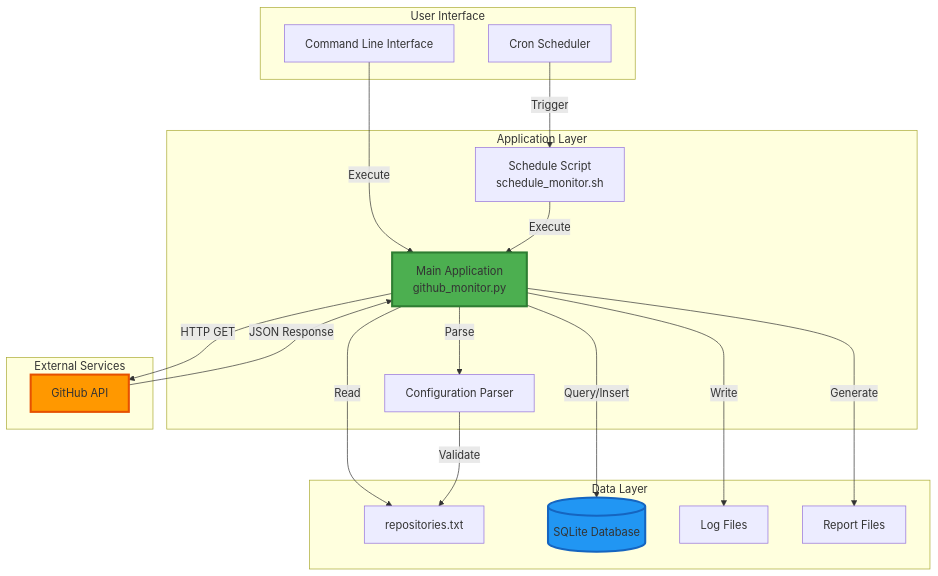
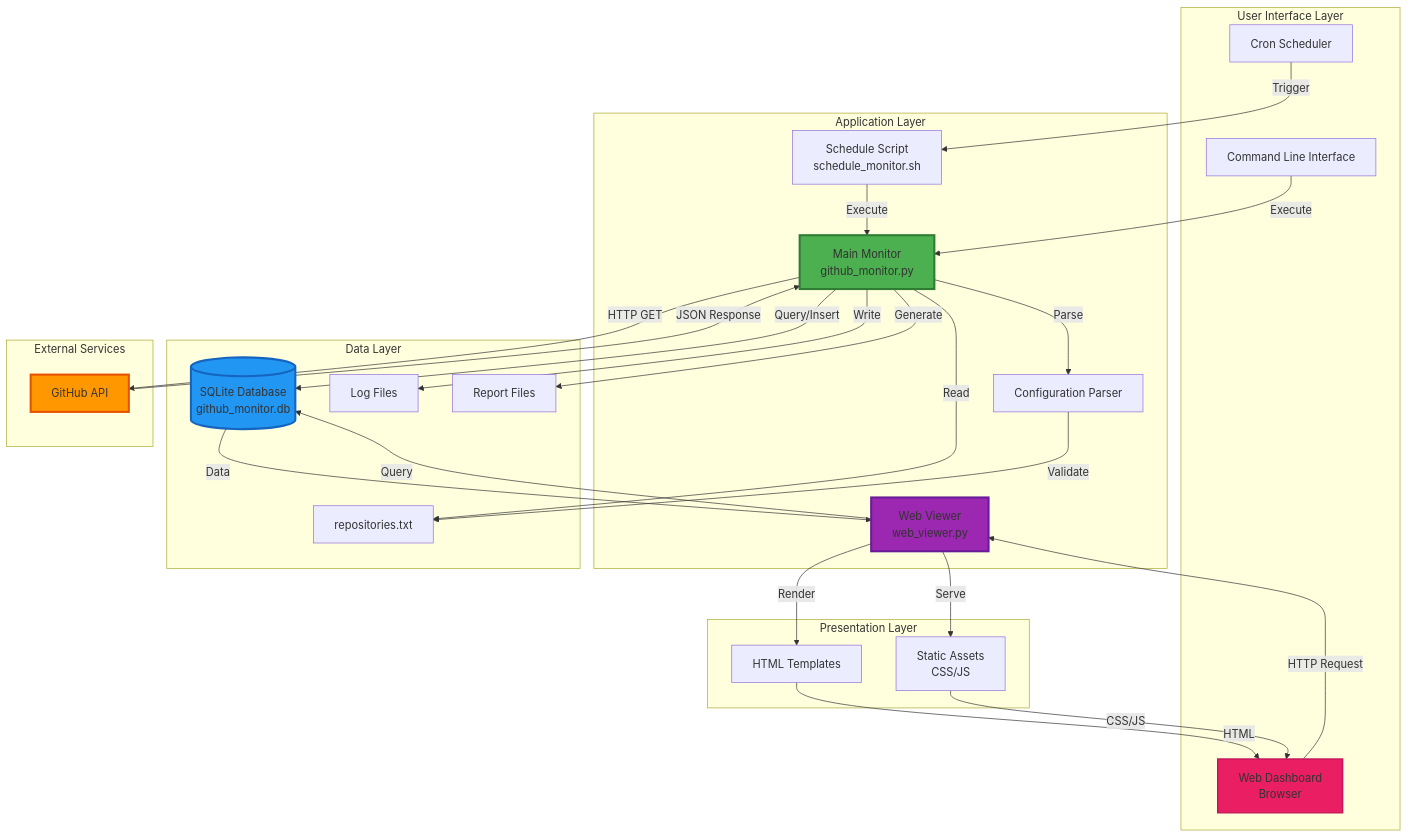
Before and after one commit to aairom/github-check: the first of 6 diagrams in Docs/Architecture.md, drawn with Mermaid. The commit also changed other lines of this file, not shown here.

````diff
--- a/Docs/Architecture.md
+++ b/Docs/Architecture.md
@@ -9,43 +9,61 @@
 ```mermaid
 graph TB
-    subgraph "User Interface"
+    subgraph "User Interface Layer"
         CLI[Command Line Interface]
+        WEB[Web Dashboard<br/>Browser]
         CRON[Cron Scheduler]
     end
     
     subgraph "Application Layer"
-        MAIN[Main Application<br/>github_monitor.py]
+        MAIN[Main Monitor<br/>github_monitor.py]
+        VIEWER[Web Viewer<br/>web_viewer.py]
         CONFIG[Configuration Parser]
         SCHEDULER[Schedule Script<br/>schedule_monitor.sh]
     end
     
+    subgraph "Presentation Layer"
+        TEMPLATES[HTML Templates]
+        STATIC[Static Assets<br/>CSS/JS]
+    end
+    
     subgraph "Data Layer"
         REPOS[repositories.txt]
-        DB[(SQLite Database)]
+        DB[(SQLite Database<br/>github_monitor.db)]
         LOGS[Log Files]
         REPORTS[Report Files]
     end
     
     subgraph "External Services"
         GITHUB[GitHub API]
     end
     
     CLI -->|Execute| MAIN
     CRON -->|Trigger| SCHEDULER
     SCHEDULER -->|Execute| MAIN
+    WEB -->|HTTP Request| VIEWER
     
     MAIN -->|Read| REPOS
     MAIN -->|Parse| CONFIG
     CONFIG -->|Validate| REPOS
     
     MAIN -->|HTTP GET| GITHUB
     GITHUB -->|JSON Response| MAIN
     
     MAIN -->|Query/Insert| DB
+    VIEWER -->|Query| DB
+    DB -->|Data| VIEWER
+    
+    VIEWER -->|Render| TEMPLATES
+    VIEWER -->|Serve| STATIC
+    TEMPLATES -->|HTML| WEB
+    STATIC -->|CSS/JS| WEB
+    
     MAIN -->|Write| LOGS
     MAIN -->|Generate| REPORTS
     
     style MAIN fill:#4CAF50,stroke:#2E7D32,stroke-width:3px
+    style VIEWER fill:#9C27B0,stroke:#6A1B9A,stroke-width:3px
     style DB fill:#2196F3,stroke:#1565C0,stroke-width:3px
     style GITHUB fill:#FF9800,stroke:#E65100,stroke-width:3px
+    style WEB fill:#E91E63,stroke:#C2185B,stroke-width:2px
 ```
````
